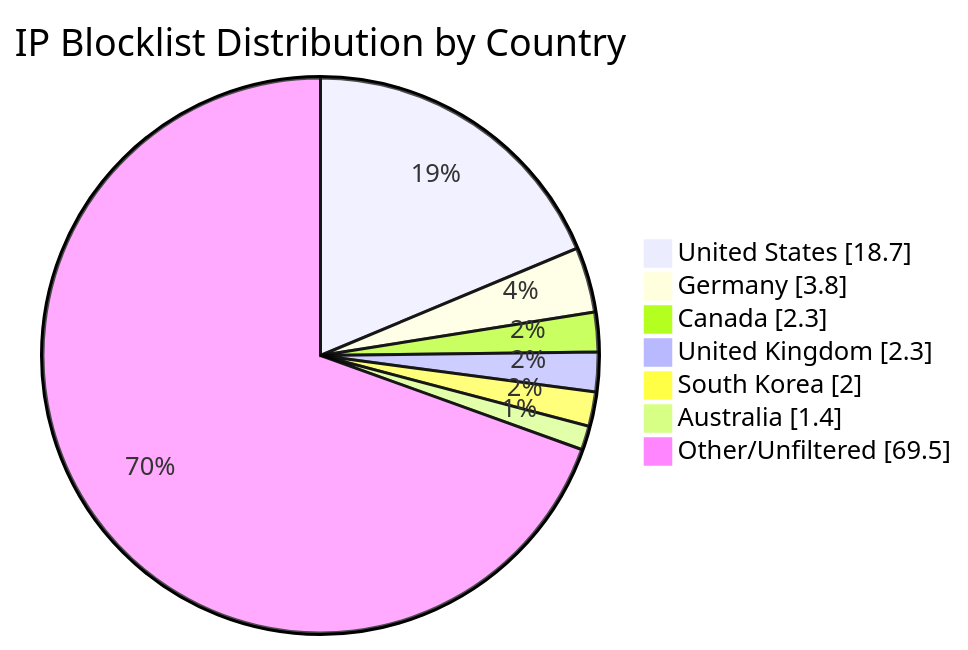
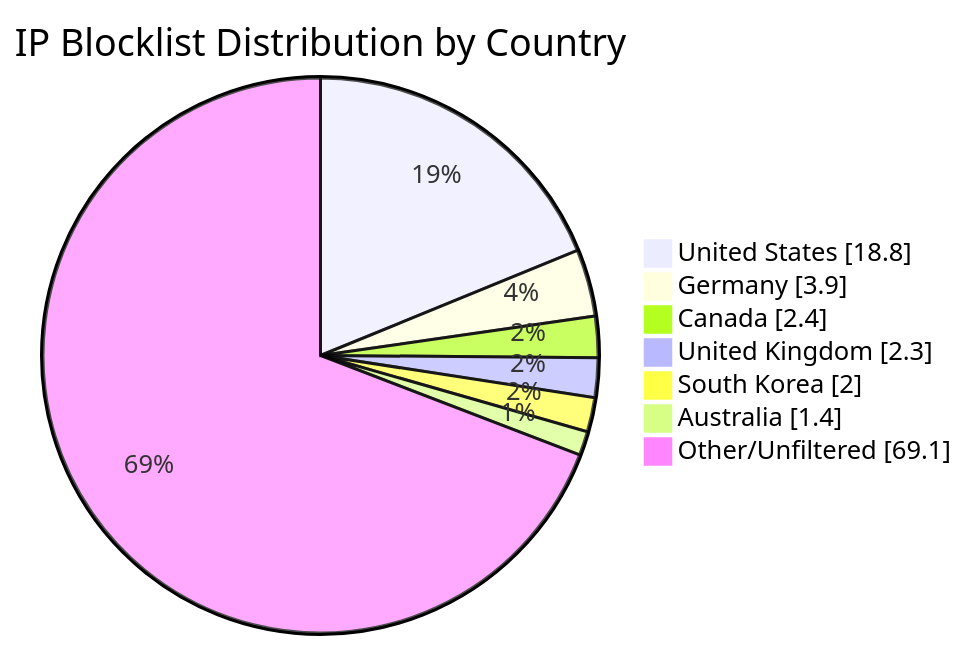
The diagram in README.md (MarcusHoltz/ipblocklist-geofiltered-aggregator), drawn with Mermaid before and after one commit. The commit also changed other lines of this file and 9 other files, not shown here.

````diff
--- a/README.md
+++ b/README.md
@@ -34,10 +34,10 @@
 ```mermaid
 pie showData title IP Blocklist Distribution by Country
-"United States" : 18.7
-"Germany" : 3.8
-"Canada" : 2.3
+"United States" : 18.8
+"Germany" : 3.9
+"Canada" : 2.4
 "United Kingdom" : 2.3
 "South Korea" : 2.0
 "Australia" : 1.4
-"Other/Unfiltered" : 69.5
+"Other/Unfiltered" : 69.1
 ```
````
